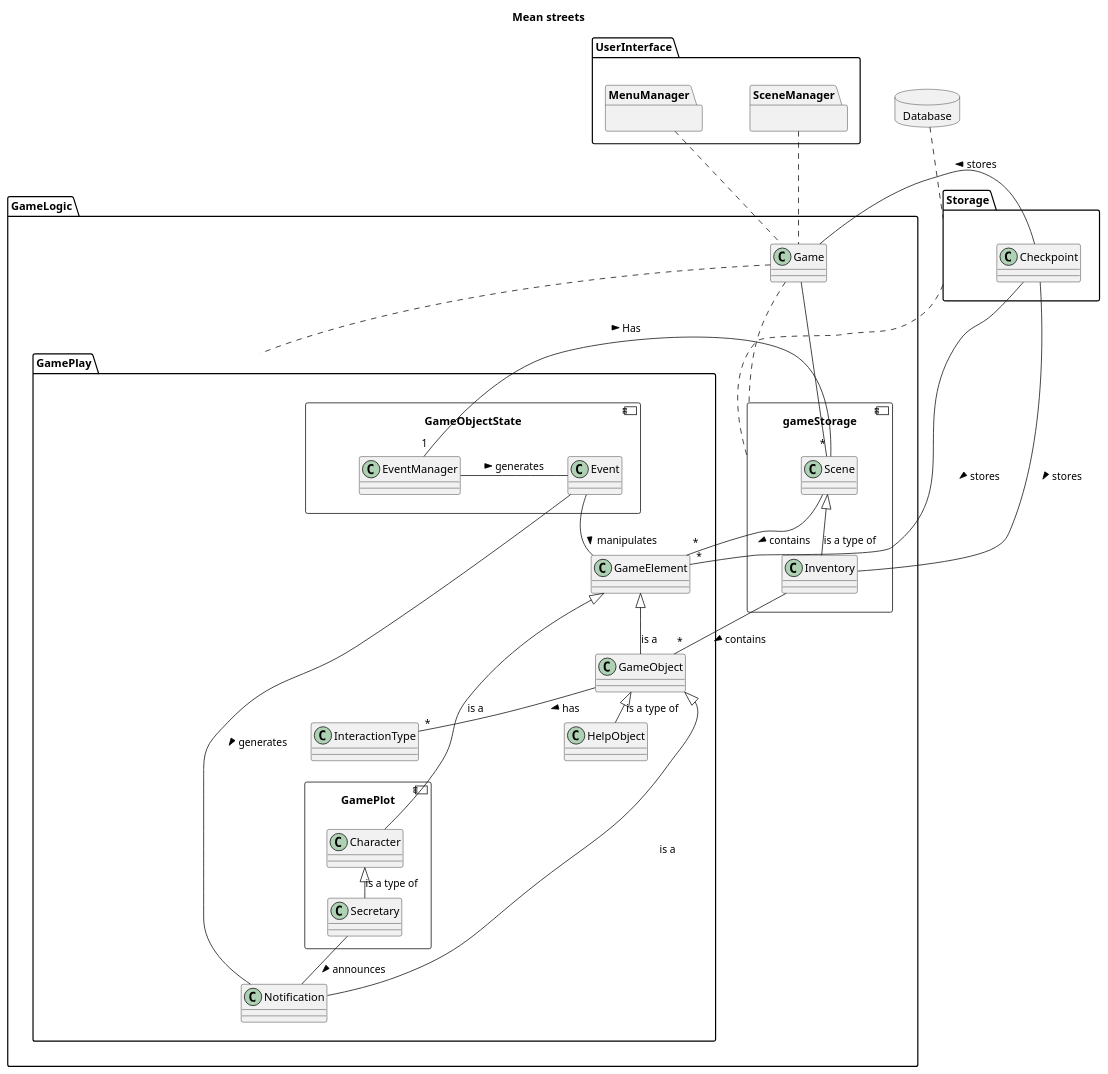
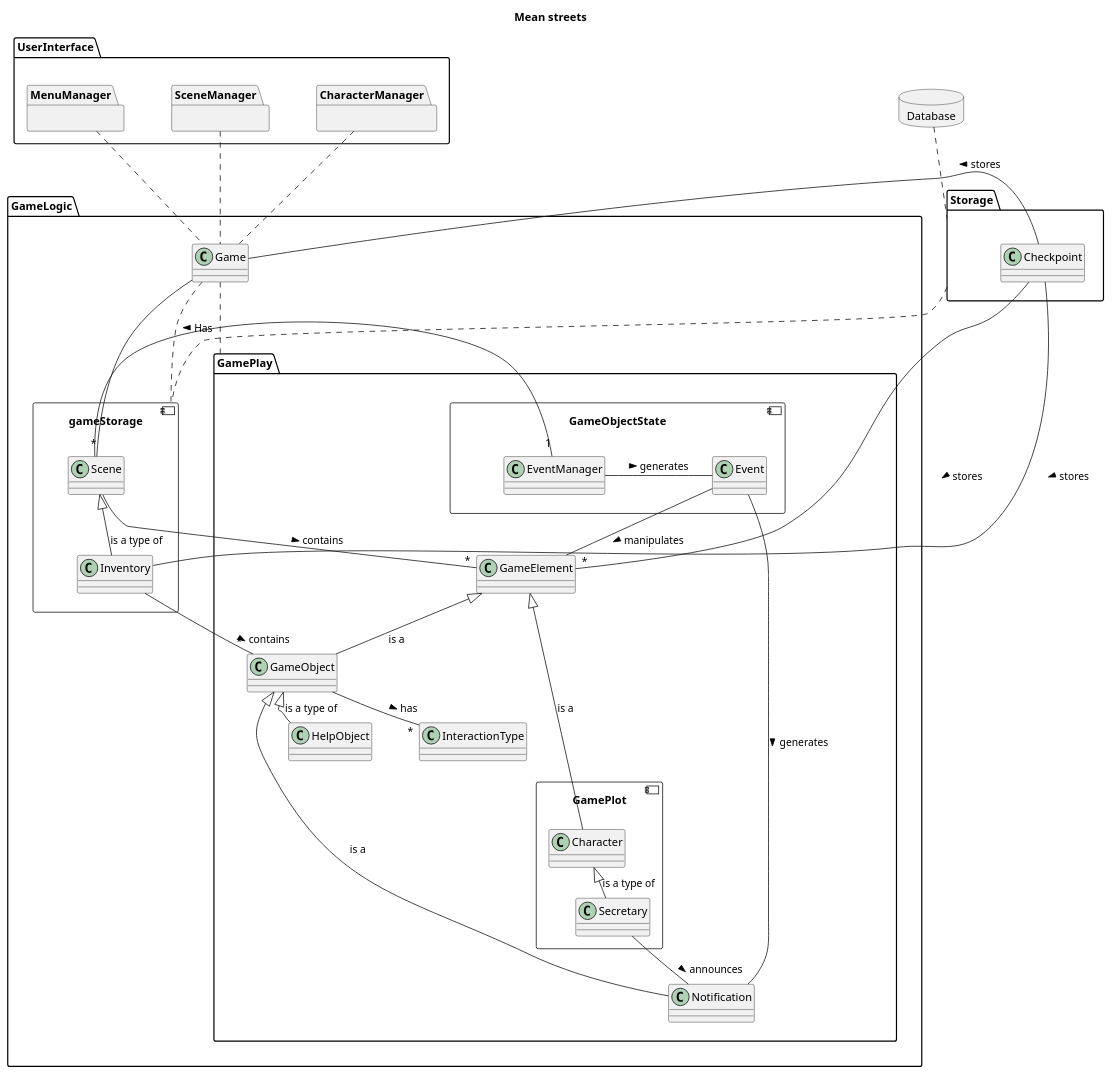
The diagram in packageDiagram.pu (NoahHakansson/SE-PA1460), drawn with PlantUML before and after one commit.

Commit message:
Added characterManager and a few other things

```diff
--- a/packageDiagram.pu
+++ b/packageDiagram.pu
@@ -1,78 +1,80 @@
 @startuml
 
 skinparam nodesep 60
 skinparam ranksep 20
 
 title Mean streets
 top to bottom direction
 database Database {
 }
 package UserInterface {
     package MenuManager {}
     package SceneManager {}
+    package CharacterManager {}
 }
 
 package GameLogic {
     class Game
     component gameStorage {
         class Inventory
         class Scene
     }
 
 
     package GamePlay {
         class InteractionType
         class GameElement
         class GameObject
         class HelpObject
         class Notification
         component GameObjectState {
             class Event
             class EventManager
         }
         component GamePlot {
             class Secretary
             class Character
         }
     }
 }
 
 package Storage {
     class Checkpoint
 }
 
 Database .. Storage
 MenuManager .. Game
 SceneManager .. Game
+CharacterManager .. Game
 Storage . gameStorage
 
 
 InteractionType -[hidden]up- GameObjectState
 Character -[hidden]up- GameObjectState
 Secretary -[hidden]up- GameObjectState
 Notification -[hidden]up- GameObjectState
 InteractionType -[hidden]down- Character
 
 
 Game . gameStorage
-Game . GamePlay
+Game .. GamePlay
 
 Game -- "*" Scene
 Checkpoint -- "*" GameElement : stores >
 Checkpoint -- Inventory : stores >
 Checkpoint - Game : stores >
 Character <|-- Secretary : is a type of
 GameElement <|-- GameObject : is a
 GameElement <|-- Character : is a
 Scene - "*" GameElement : contains >
 Scene <|-- Inventory : is a type of
 Inventory -- "*" GameObject : contains >
 EventManager "1" - Scene : Has >
 EventManager - Event : generates >
 Event -- Notification : generates >
 Event -- GameElement : manipulates >
 Secretary -- Notification : announces >
 GameObject <|-- HelpObject : is a type of
 GameObject <|-- Notification : is a
 GameObject -- "*" InteractionType : has >
 @enduml
```
